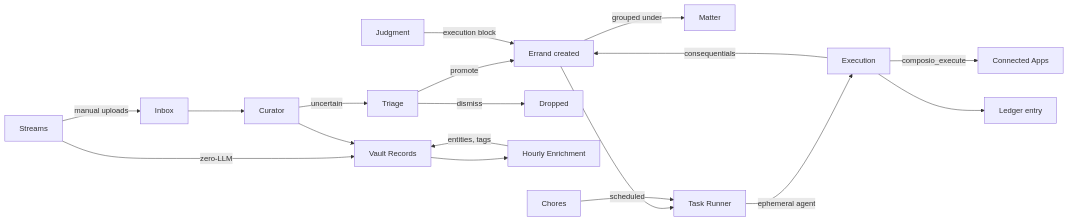
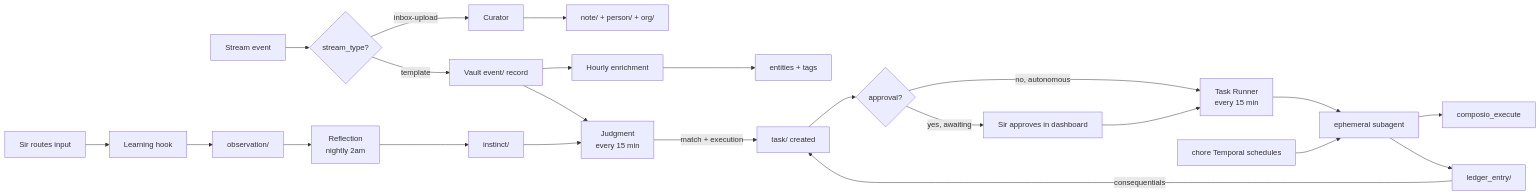
Before and after one commit to ssdavidai/alfred-documentation: the diagram in architecture/kinetic.mdx, drawn with Mermaid. The commit also changed other lines of this file and 7 other files, not shown here.

Commit message:
docs(architecture): rebuild infrastructure/agent/data/semantic/kinetic/interface/channels

````diff
--- a/architecture/kinetic.mdx
+++ b/architecture/kinetic.mdx
@@ -145,20 +175,25 @@
 ```mermaid
 graph LR
-    A[Streams] -->|zero-LLM| D[Vault Records]
-    A -->|manual uploads| B[Inbox]
-    B --> C[Curator]
-    C --> D
-    C -->|uncertain| T[Triage]
-    T -->|promote| J
-    T -->|dismiss| X[Dropped]
-    D --> E[Hourly Enrichment]
-    E -->|entities, tags| D
-    I[Judgment] -->|execution block| J[Errand created]
-    J -->|grouped under| MA[Matter]
-    J --> K[Task Runner]
-    K -->|ephemeral agent| L[Execution]
-    L -->|composio_execute| EXT[Connected Apps]
-    L --> M[Ledger entry]
-    L -->|consequentials| J
-    G[Chores] -->|scheduled| K
+    A[Stream event] --> B{stream_type?}
+    B -->|template| V[Vault event/ record]
+    B -->|inbox-upload| C[Curator]
+    C --> N[note/ + person/ + org/]
+    V --> H[Hourly enrichment]
+    H --> E[entities + tags]
+    O[Sir routes input] --> L[Learning hook]
+    L --> OBS[observation/]
+    OBS --> R[Reflection<br/>nightly 2am]
+    R --> I[instinct/]
+    V --> J[Judgment<br/>every 15 min]
+    I --> J
+    J -->|match + execution| TASK[task/ created]
+    TASK --> APR{approval?}
+    APR -->|yes, awaiting| SIR[Sir approves in dashboard]
+    APR -->|no, autonomous| TR[Task Runner<br/>every 15 min]
+    SIR --> TR
+    TR --> EPH[ephemeral subagent]
+    EPH --> COMPOSIO[composio_execute]
+    EPH --> LE[ledger_entry/]
+    LE -->|consequentials| TASK
+    CHORES[chore Temporal schedules] --> EPH
 ```
````
